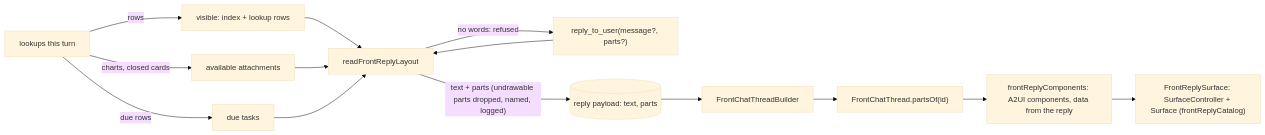
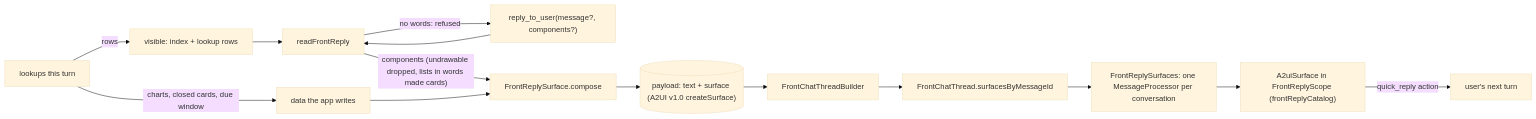
One commit to matthiasn/lotti changed diagram 12 of 16 in knowledge/features/front_agent.md. Above: the diagram before and after it, drawn with Mermaid (base theme). The commit also changed other lines of this file and 81 other files, not shown here.

Commit message:
feat: both chats move from the discontinued genui to a2ui_flutter (A2UI v1.0); the companion's task lists are drawn as cards

````diff
--- a/knowledge/features/front_agent.md
+++ b/knowledge/features/front_agent.md
@@ -1506,14 +1510,16 @@
 ```mermaid
 flowchart LR
   L[lookups this turn] -->|rows| V[visible: index + lookup rows]
-  L -->|charts, closed cards| A[available attachments]
-  L -->|due rows| D[due tasks]
-  M["reply_to_user(message?, parts?)"] --> R[readFrontReplyLayout]
-  V & A & D --> R
+  L -->|charts, closed cards, due window| D[data the app writes]
+  M["reply_to_user(message?, components?)"] --> R[readFrontReply]
+  V --> R
   R -->|no words: refused| M
-  R -->|"text + parts (undrawable parts dropped, named, logged)"| P[(reply payload: text, parts)]
+  R -->|"components (undrawable dropped, lists in words made cards)"| C[FrontReplySurface.compose]
+  D --> C
+  C --> P[("payload: text + surface (A2UI v1.0 createSurface)")]
   P --> B[FrontChatThreadBuilder]
-  B --> T["FrontChatThread.partsOf(id)"]
-  T --> C["frontReplyComponents: A2UI components, data from the reply"]
-  C --> G["FrontReplySurface: SurfaceController + Surface (frontReplyCatalog)"]
+  B --> T[FrontChatThread.surfacesByMessageId]
+  T --> S["FrontReplySurfaces: one MessageProcessor per conversation"]
+  S --> A["A2uiSurface in FrontReplyScope (frontReplyCatalog)"]
+  A -->|quick_reply action| U[user's next turn]
 ```
````
